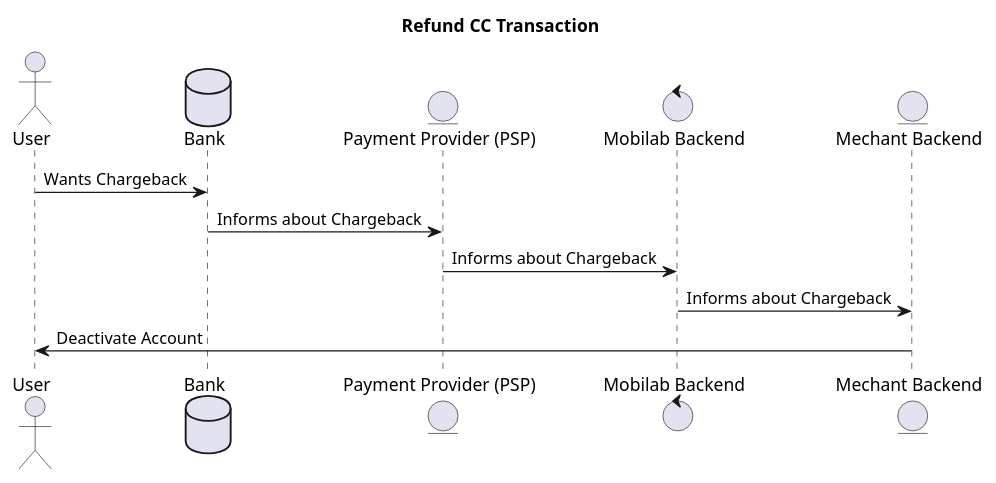
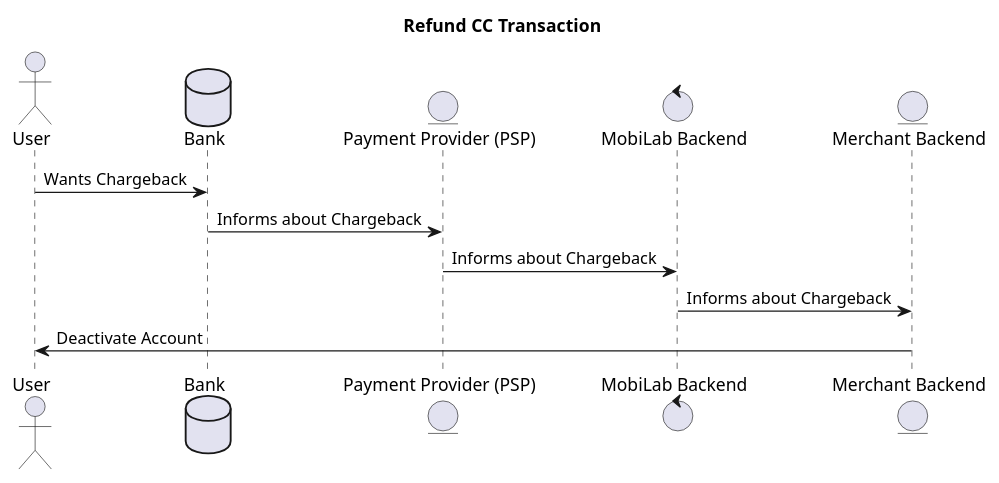
One commit to mobilabsolutions/stash-sdk-wiki changed the diagram in diagrams/chargeback_cc.wsd. Above: the diagram before and after it, drawn with PlantUML. The commit also changed 13 other files, not shown here.

```diff
--- a/diagrams/chargeback_cc.wsd
+++ b/diagrams/chargeback_cc.wsd
@@ -1,17 +1,17 @@
 @startuml
 
 title "Refund CC Transaction"
 
 actor "User" as User
 database "Bank" as Bank
 entity "Payment Provider (PSP)" as PSP
-control "Mobilab Backend" as MBE
-entity "Mechant Backend" as MEC
+control "MobiLab Backend" as MBE
+entity "Merchant Backend" as MEC
 
 User -> Bank: Wants Chargeback
 Bank -> PSP: Informs about Chargeback
 PSP -> MBE: Informs about Chargeback
 MBE -> MEC: Informs about Chargeback
 MEC -> User: Deactivate Account
 
 @enduml
```
